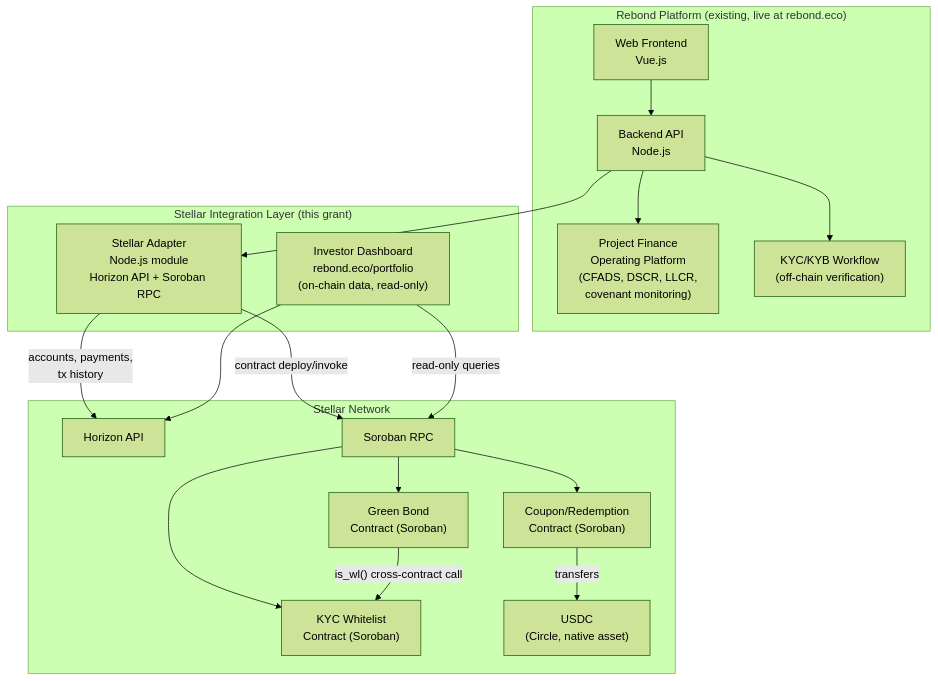
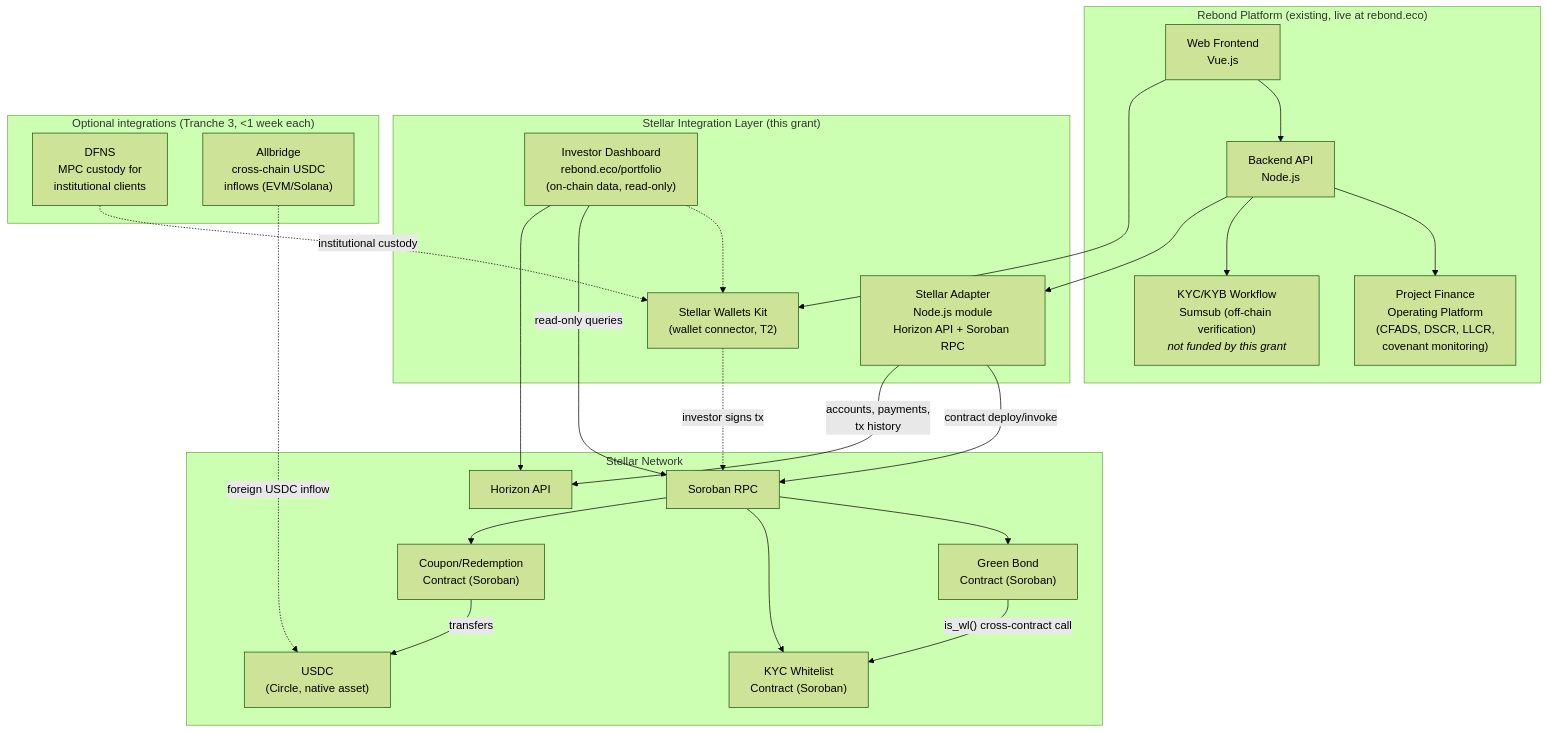
The second of 4 diagrams in ARCHITECTURE.md (RenewableEnergyBond/soroban-green-bond), drawn with Mermaid (forest theme) before and after one commit. The commit also changed other lines of this file, not shown here.

````diff
--- a/ARCHITECTURE.md
+++ b/ARCHITECTURE.md
@@ -41,37 +41,48 @@
 ```mermaid
 graph TB
     subgraph "Rebond Platform (existing, live at rebond.eco)"
         UI["Web Frontend<br/>Vue.js"]
         API["Backend API<br/>Node.js"]
         PFOP["Project Finance<br/>Operating Platform<br/>(CFADS, DSCR, LLCR,<br/>covenant monitoring)"]
-        KYCW["KYC/KYB Workflow<br/>(off-chain verification)"]
+        KYCW["KYC/KYB Workflow<br/>Sumsub (off-chain verification)<br/><i>not funded by this grant</i>"]
     end
 
     subgraph "Stellar Integration Layer (this grant)"
         ADAPTER["Stellar Adapter<br/>Node.js module<br/>Horizon API + Soroban RPC"]
         DASH["Investor Dashboard<br/>rebond.eco/portfolio<br/>(on-chain data, read-only)"]
+        SWK["Stellar Wallets Kit<br/>(wallet connector, T2)"]
+    end
+
+    subgraph "Optional integrations (Tranche 3, &lt;1 week each)"
+        DFNS["DFNS<br/>MPC custody for<br/>institutional clients"]
+        ALLBRIDGE["Allbridge<br/>cross-chain USDC<br/>inflows (EVM/Solana)"]
     end
 
     subgraph "Stellar Network"
         GB["Green Bond<br/>Contract (Soroban)"]
         WL["KYC Whitelist<br/>Contract (Soroban)"]
         CR["Coupon/Redemption<br/>Contract (Soroban)"]
         USDC["USDC<br/>(Circle, native asset)"]
         HORIZON["Horizon API"]
         RPC["Soroban RPC"]
     end
 
     UI --> API
     API --> PFOP
     API --> KYCW
     API --> ADAPTER
+    UI --> SWK
+    SWK -.->|"investor signs tx"| RPC
+    DASH -.-> SWK
+    DFNS -.->|"institutional custody"| SWK
+    ALLBRIDGE -.->|"foreign USDC inflow"| USDC
     ADAPTER -->|"contract deploy/invoke"| RPC
     ADAPTER -->|"accounts, payments,<br/>tx history"| HORIZON
     RPC --> GB
     RPC --> WL
     RPC --> CR
     CR -->|"transfers"| USDC
     GB -->|"is_wl() cross-contract call"| WL
     DASH -->|"read-only queries"| RPC
     DASH --> HORIZON
 ```
````
